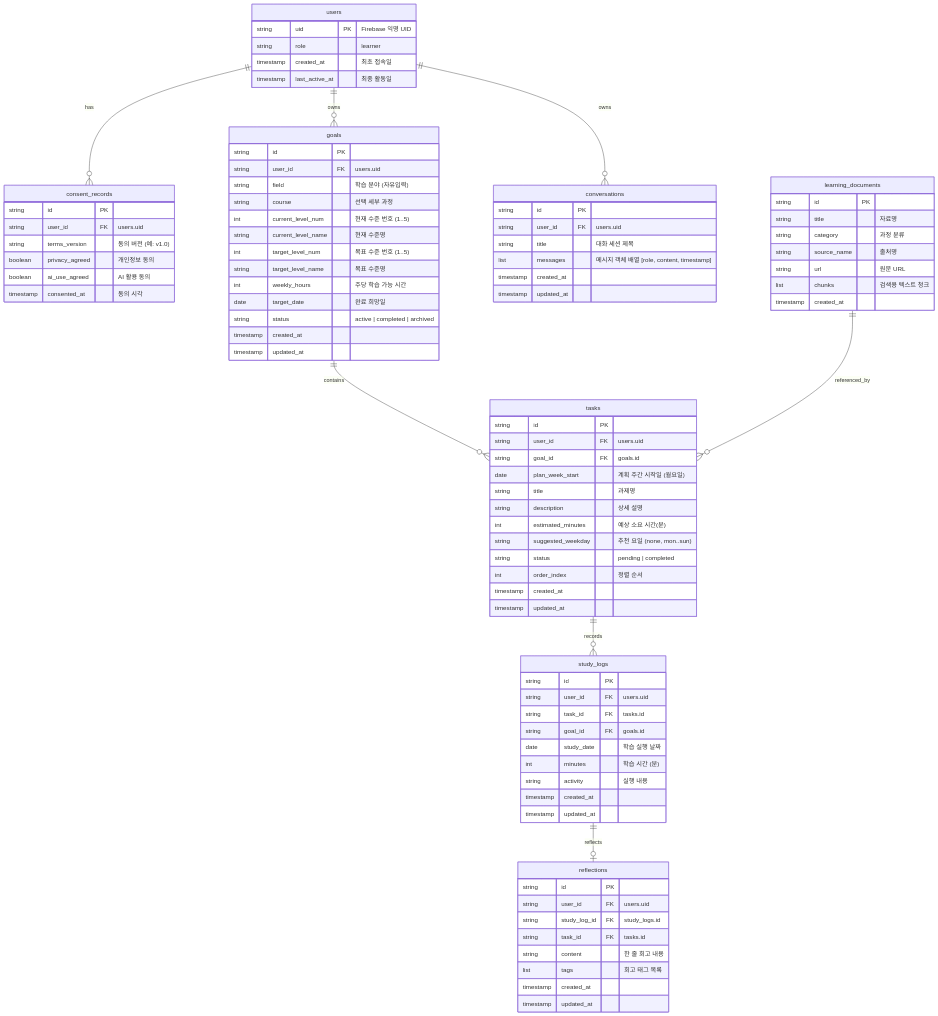
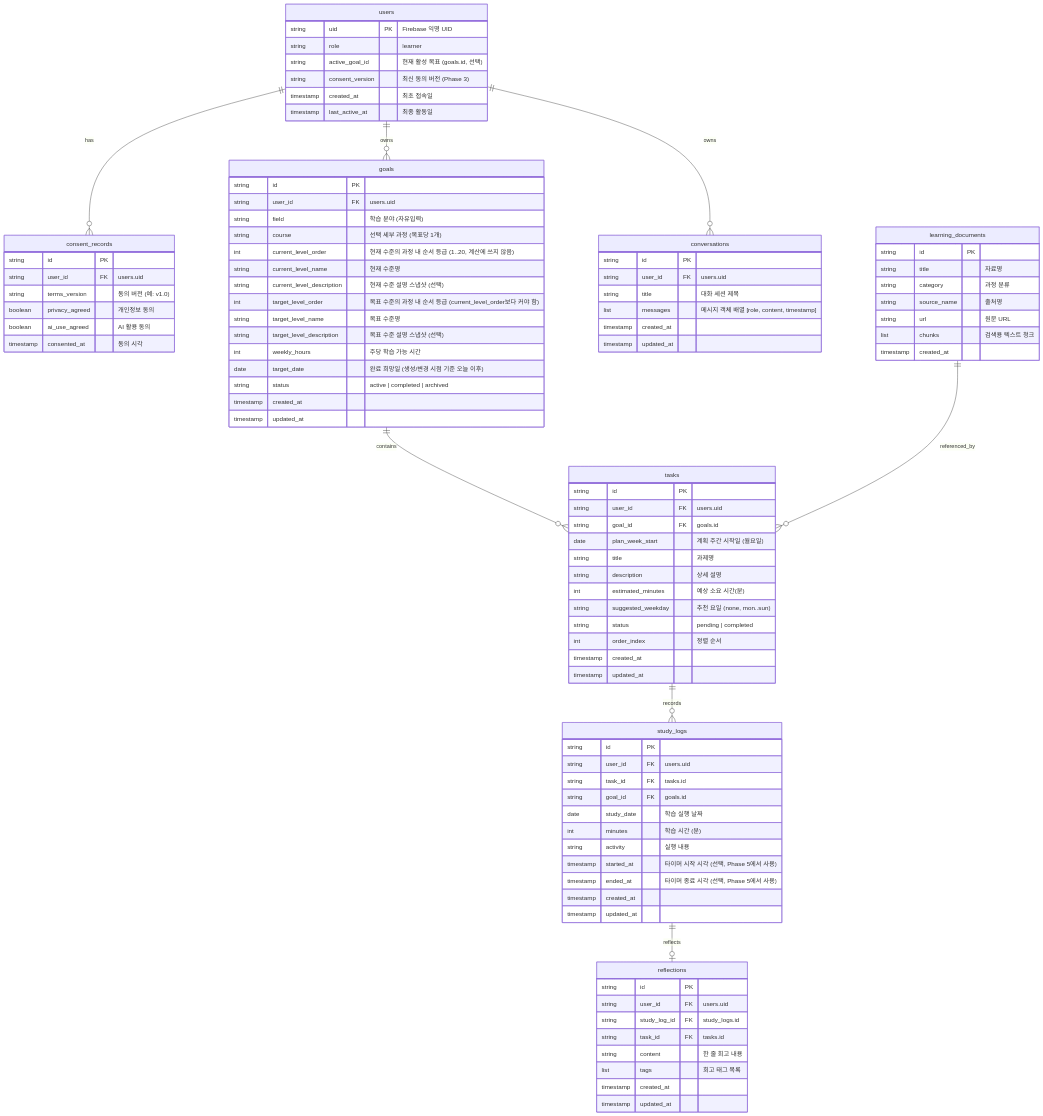
Before and after one commit to yong05610/ai-n-fprj: the diagram in docs/phase1_design.md, drawn with Mermaid. The commit also changed 23 other files, not shown here.

```diff
--- a/docs/phase1_design.md
+++ b/docs/phase1_design.md
@@ -85,6 +85,8 @@
     users {
         string uid PK "Firebase 익명 UID"
         string role "learner"
+        string active_goal_id "현재 활성 목표 (goals.id, 선택)"
+        string consent_version "최신 동의 버전 (Phase 3)"
         timestamp created_at "최초 접속일"
         timestamp last_active_at "최종 활동일"
     }
@@ -102,13 +104,15 @@
         string id PK
         string user_id FK "users.uid"
         string field "학습 분야 (자유입력)"
-        string course "선택 세부 과정"
-        int current_level_num "현재 수준 번호 (1..5)"
+        string course "선택 세부 과정 (목표당 1개)"
+        int current_level_order "현재 수준의 과정 내 순서 등급 (1..20, 계산에 쓰지 않음)"
         string current_level_name "현재 수준명"
-        int target_level_num "목표 수준 번호 (1..5)"
+        string current_level_description "현재 수준 설명 스냅샷 (선택)"
+        int target_level_order "목표 수준의 과정 내 순서 등급 (current_level_order보다 커야 함)"
         string target_level_name "목표 수준명"
+        string target_level_description "목표 수준 설명 스냅샷 (선택)"
         int weekly_hours "주당 학습 가능 시간"
-        date target_date "완료 희망일"
+        date target_date "완료 희망일 (생성/변경 시점 기준 오늘 이후)"
         string status "active | completed | archived"
         timestamp created_at
         timestamp updated_at
@@ -137,6 +141,8 @@
         date study_date "학습 실행 날짜"
         int minutes "학습 시간 (분)"
         string activity "실행 내용"
+        timestamp started_at "타이머 시작 시각 (선택, Phase 5에서 사용)"
+        timestamp ended_at "타이머 종료 시각 (선택, Phase 5에서 사용)"
         timestamp created_at
         timestamp updated_at
     }
```
